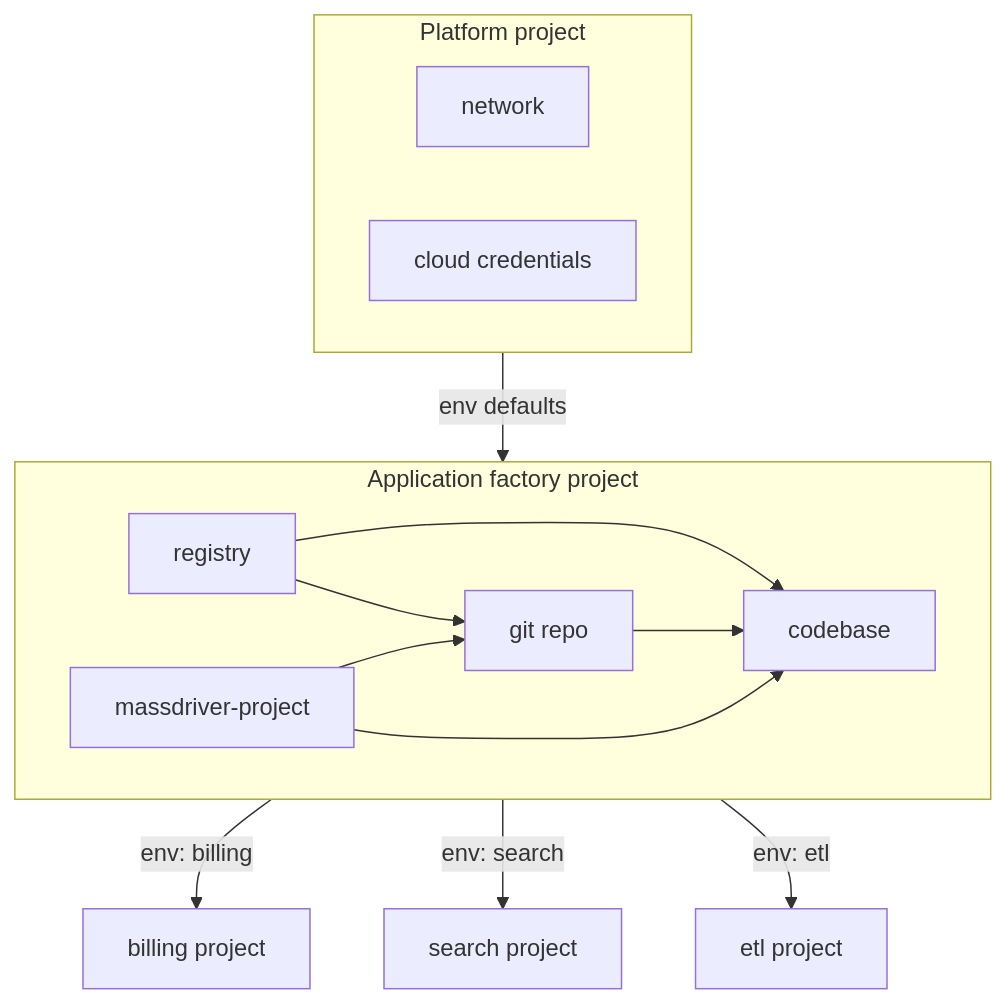
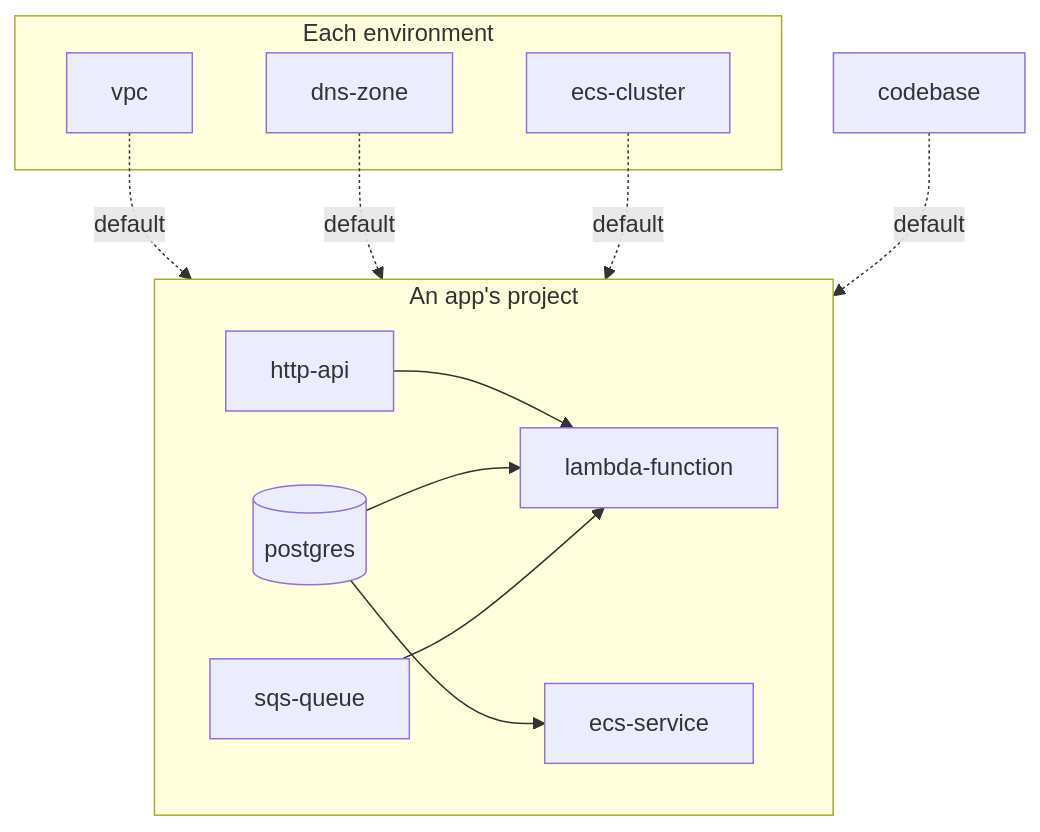
The first of 2 diagrams in README.md (massdriver-catalogs/aws), drawn with Mermaid before and after one commit. The commit also changed other lines of this file and 23 other files, not shown here.

````diff
--- a/README.md
+++ b/README.md
@@ -7,19 +56,19 @@
 ```mermaid
 flowchart TB
-  subgraph plat[Platform project]
-    net[network]
-    cred[cloud credentials]
+  subgraph env[Each environment]
+    vpc[vpc]
+    dns[dns-zone]
+    cluster[ecs-cluster]
   end
-  subgraph factory[Application factory project]
-    direction LR
-    reg[registry] --> repo[git repo]
-    mdp[massdriver-project] --> repo
-    reg --> cb[codebase]
-    repo --> cb
-    mdp --> cb
+  subgraph app[An app's project]
+    api[http-api] --> fn[lambda-function]
+    svc[ecs-service]
+    pg[(postgres)] --> fn
+    pg --> svc
+    q[sqs-queue] --> fn
   end
-  plat -- env defaults --> factory
-  factory -- env: billing --> billing[billing project]
-  factory -- env: search --> search[search project]
-  factory -- env: etl --> etl[etl project]
+  vpc -. default .-> app
+  dns -. default .-> app
+  cluster -. default .-> app
+  cb[codebase] -. default .-> app
 ```
````
